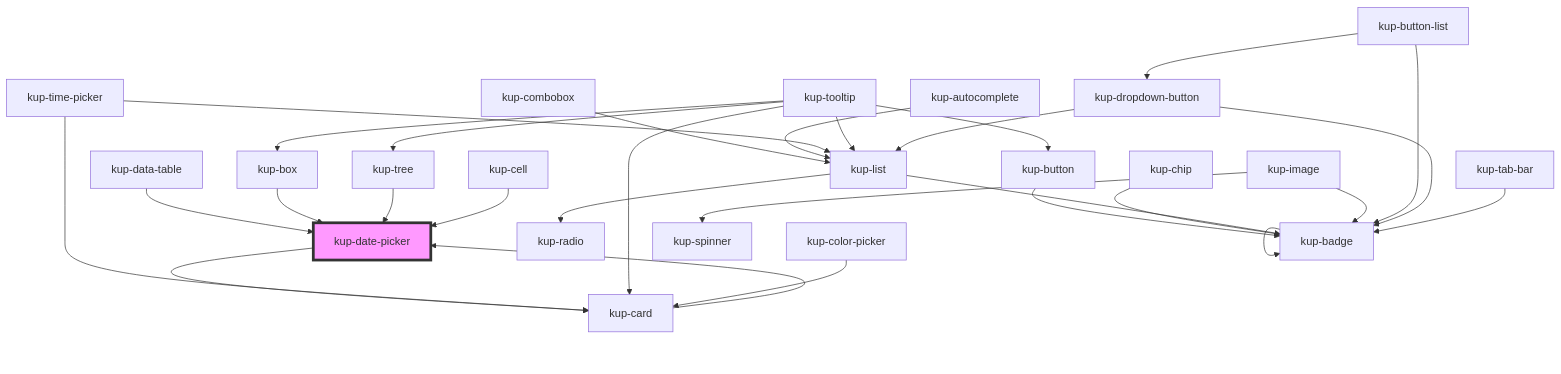
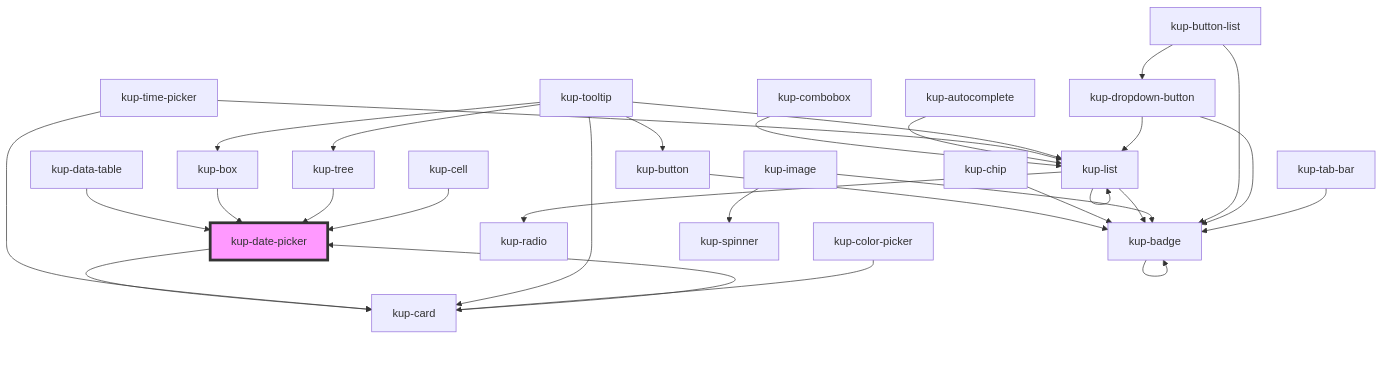
One commit to smeup/ketchup changed the diagram in packages/ketchup/src/components/kup-date-picker/readme.md. Above: the diagram before and after it, drawn with Mermaid. The commit also changed 14 other files, not shown here.

````diff
--- a/packages/ketchup/src/components/kup-date-picker/readme.md
+++ b/packages/ketchup/src/components/kup-date-picker/readme.md
@@ -100,32 +100,33 @@
 ```mermaid
 graph TD;
   kup-date-picker --> kup-card
   kup-card --> kup-date-picker
   kup-badge --> kup-badge
   kup-button --> kup-badge
   kup-chip --> kup-badge
+  kup-list --> kup-list
   kup-list --> kup-radio
   kup-list --> kup-badge
   kup-combobox --> kup-list
   kup-autocomplete --> kup-list
   kup-time-picker --> kup-card
   kup-time-picker --> kup-list
   kup-data-table --> kup-date-picker
   kup-tooltip --> kup-button
   kup-tooltip --> kup-card
   kup-tooltip --> kup-box
   kup-tooltip --> kup-list
   kup-tooltip --> kup-tree
   kup-box --> kup-date-picker
   kup-color-picker --> kup-card
   kup-image --> kup-spinner
   kup-image --> kup-badge
   kup-button-list --> kup-dropdown-button
   kup-button-list --> kup-badge
   kup-dropdown-button --> kup-list
   kup-dropdown-button --> kup-badge
   kup-tree --> kup-date-picker
   kup-tab-bar --> kup-badge
   kup-cell --> kup-date-picker
   style kup-date-picker fill:#f9f,stroke:#333,stroke-width:4px
 ```
````
